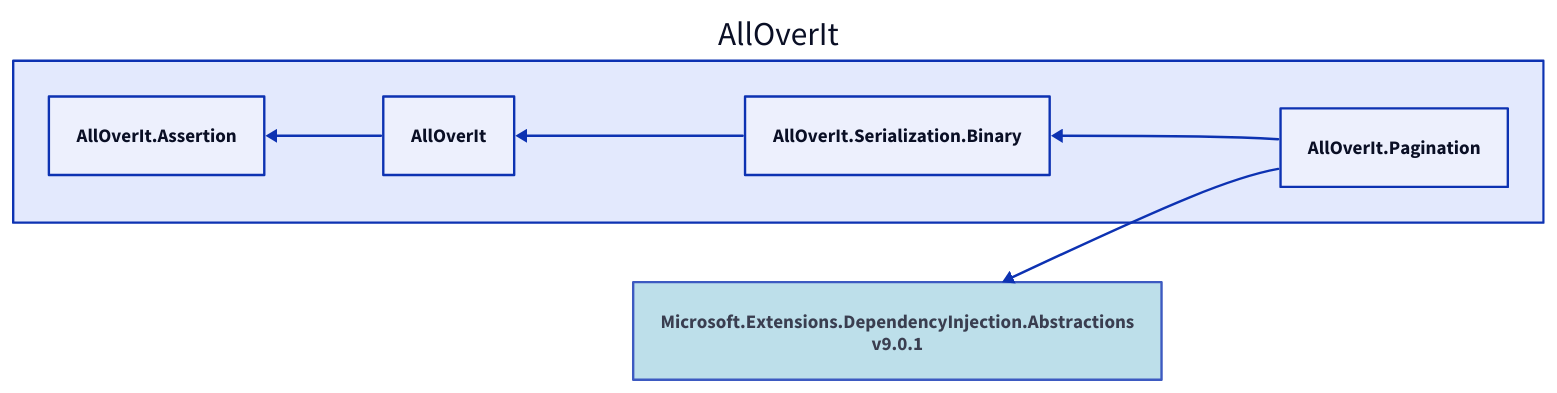
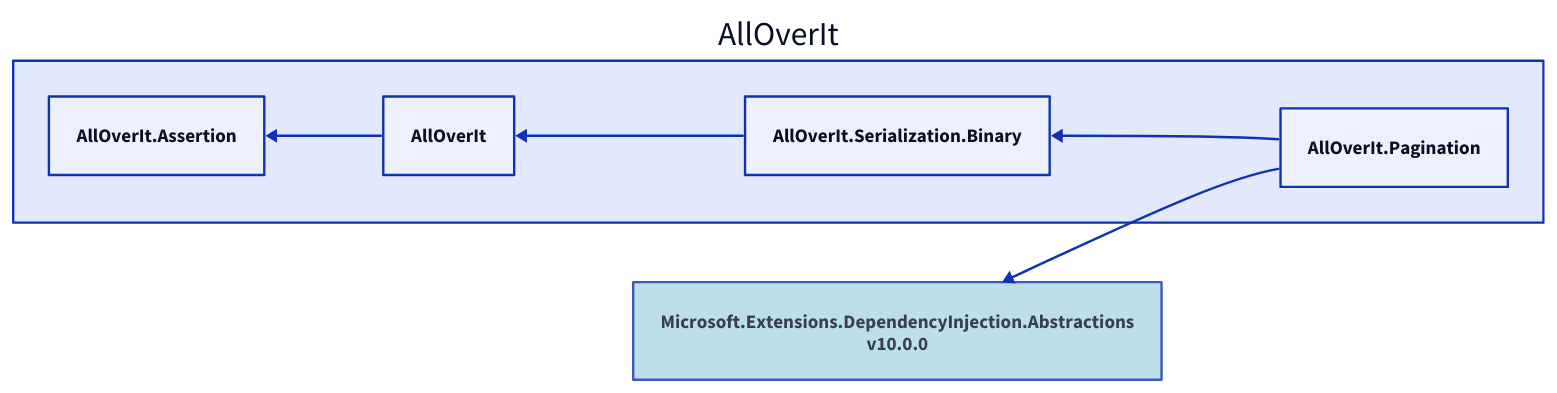
The diagram in Docs/Reference/Content/images/dependencies/net9.0/alloverit-pagination.d2 (mjfreelancing/AllOverIt), drawn with D2 before and after one commit. The commit also changed 163 other files, not shown here.

```diff
--- a/Docs/Reference/Content/images/dependencies/net9.0/alloverit-pagination.d2
+++ b/Docs/Reference/Content/images/dependencies/net9.0/alloverit-pagination.d2
@@ -1,14 +1,14 @@
 direction: left
 
 aoi: AllOverIt
 aoi.alloverit-pagination: AllOverIt.Pagination
-microsoft-extensions-dependencyinjection-abstractions_9-0-1: Microsoft.Extensions.DependencyInjection.Abstractions\nv9.0.1
-microsoft-extensions-dependencyinjection-abstractions_9-0-1.style.fill: "#ADD8E6"
-microsoft-extensions-dependencyinjection-abstractions_9-0-1.style.opacity: 0.8
-microsoft-extensions-dependencyinjection-abstractions_9-0-1 <- aoi.alloverit-pagination
+microsoft-extensions-dependencyinjection-abstractions_10-0-0: Microsoft.Extensions.DependencyInjection.Abstractions\nv10.0.0
+microsoft-extensions-dependencyinjection-abstractions_10-0-0.style.fill: "#ADD8E6"
+microsoft-extensions-dependencyinjection-abstractions_10-0-0.style.opacity: 0.8
+microsoft-extensions-dependencyinjection-abstractions_10-0-0 <- aoi.alloverit-pagination
 aoi.alloverit-serialization-binary: AllOverIt.Serialization.Binary
 aoi.alloverit: AllOverIt
 aoi.alloverit-assertion: AllOverIt.Assertion
 aoi.alloverit-assertion <- aoi.alloverit
 aoi.alloverit <- aoi.alloverit-serialization-binary
 aoi.alloverit-serialization-binary <- aoi.alloverit-pagination
```
